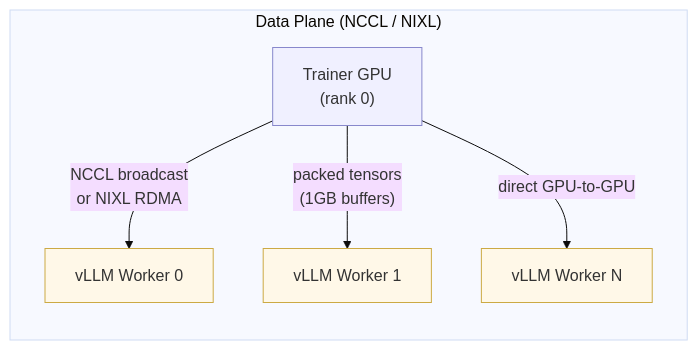
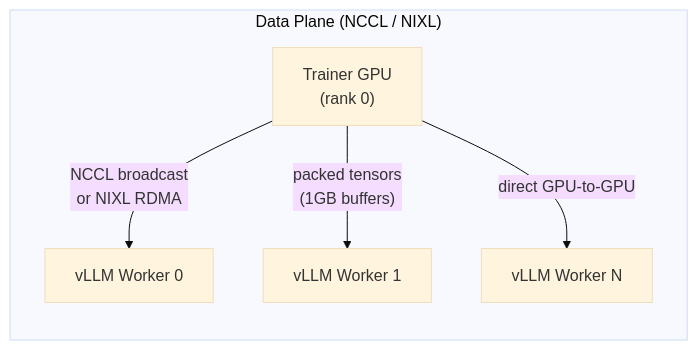
One commit to llm-d-incubation/llm-d-rl changed the seventh of 7 diagrams in docs/proposals/rl-rollout-northstar.md. Above: the diagram before and after it, drawn with Mermaid (base theme). The commit also changed other lines of this file and 1 other file, not shown here.

First line of the commit message:
Remove color/style directives from Mermaid diagrams

````diff
--- a/docs/proposals/rl-rollout-northstar.md
+++ b/docs/proposals/rl-rollout-northstar.md
@@ -314,13 +290,9 @@
 ```mermaid
 graph LR
     subgraph "Data Plane (NCCL / NIXL)"
         T["Trainer GPU<br/>(rank 0)"] -->|"NCCL broadcast<br/>or NIXL RDMA"| V0["vLLM Worker 0"]
         T -->|"packed tensors<br/>(1GB buffers)"| V1["vLLM Worker 1"]
         T -->|"direct GPU-to-GPU"| VN["vLLM Worker N"]
     end
 
-    style T fill:#f0f0ff,stroke:#8888cc
-    style V0 fill:#fff8e8,stroke:#ccaa44
-    style V1 fill:#fff8e8,stroke:#ccaa44
-    style VN fill:#fff8e8,stroke:#ccaa44
 ```
````
